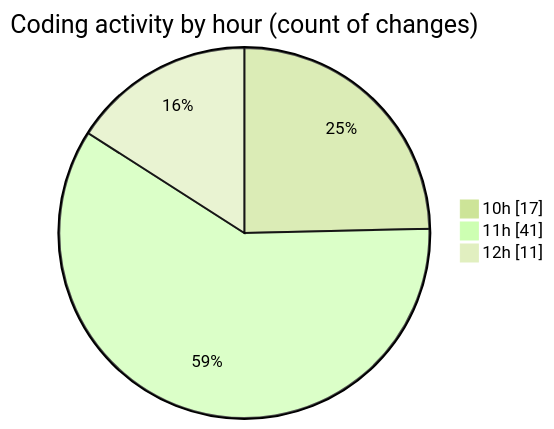
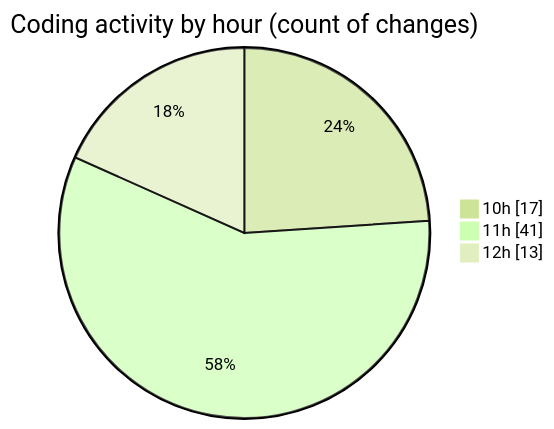
One commit to momahboobian/code-tracking changed the second of 2 diagrams in 2025-10-06/cda/README.md. Above: the diagram before and after it, drawn with Mermaid (forest theme). The commit also changed other lines of this file and 1 other file, not shown here.

````diff
--- a/2025-10-06/cda/README.md
+++ b/2025-10-06/cda/README.md
@@ -33,7 +33,7 @@
 ```mermaid
 pie showData
 title Coding activity by hour (count of changes)
 "10h" : 17
 "11h" : 41
-"12h" : 11
+"12h" : 13
 ```
````
